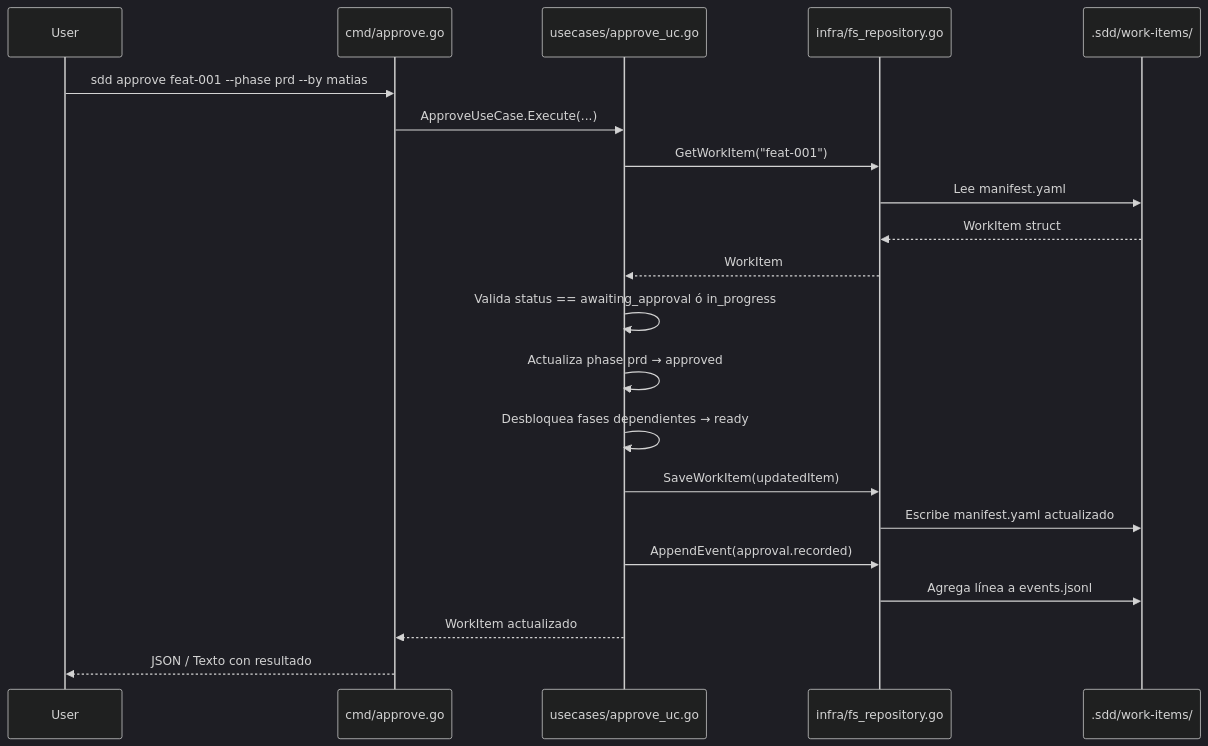
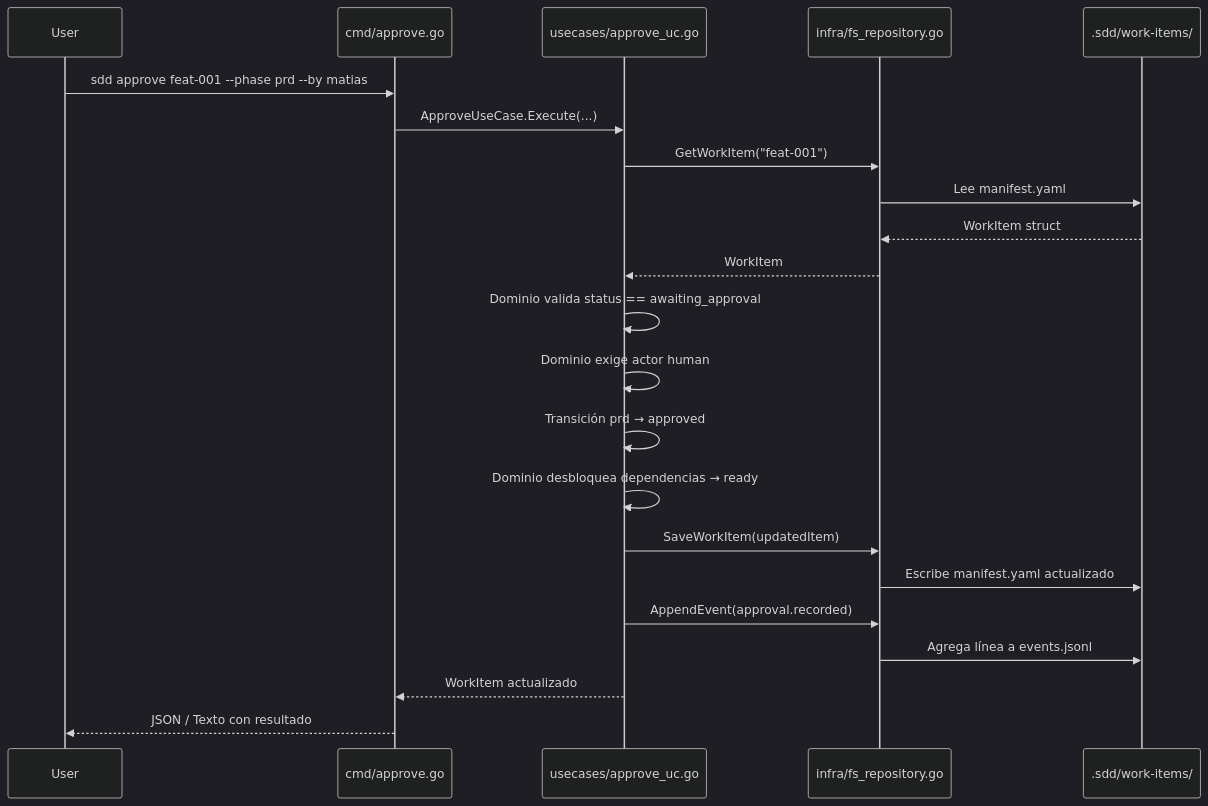
Before and after one commit to matiasezequieldimuro/ssd-workflow: the second of 3 diagrams in docs/7-cli-impl-documentacion.md, drawn with Mermaid (dark theme). The commit also changed other lines of this file and 27 other files, not shown here.

````diff
--- a/docs/7-cli-impl-documentacion.md
+++ b/docs/7-cli-impl-documentacion.md
@@ -50,24 +50,25 @@
 ```mermaid
 sequenceDiagram
     participant User
     participant CMD as cmd/approve.go
     participant UC as usecases/approve_uc.go
     participant FS as infra/fs_repository.go
     participant Disk as .sdd/work-items/
 
     User->>CMD: sdd approve feat-001 --phase prd --by matias
     CMD->>UC: ApproveUseCase.Execute(...)
     UC->>FS: GetWorkItem("feat-001")
     FS->>Disk: Lee manifest.yaml
     Disk-->>FS: WorkItem struct
     FS-->>UC: WorkItem
-    UC->>UC: Valida status == awaiting_approval ó in_progress
-    UC->>UC: Actualiza phase prd → approved
-    UC->>UC: Desbloquea fases dependientes → ready
+    UC->>UC: Dominio valida status == awaiting_approval
+    UC->>UC: Dominio exige actor human
+    UC->>UC: Transición prd → approved
+    UC->>UC: Dominio desbloquea dependencias → ready
     UC->>FS: SaveWorkItem(updatedItem)
     FS->>Disk: Escribe manifest.yaml actualizado
     UC->>FS: AppendEvent(approval.recorded)
     FS->>Disk: Agrega línea a events.jsonl
     UC-->>CMD: WorkItem actualizado
     CMD-->>User: JSON / Texto con resultado
 ```
````
